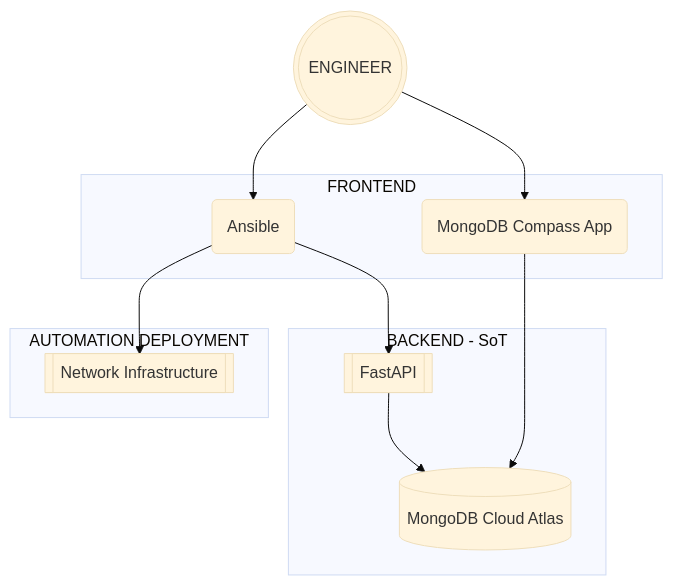
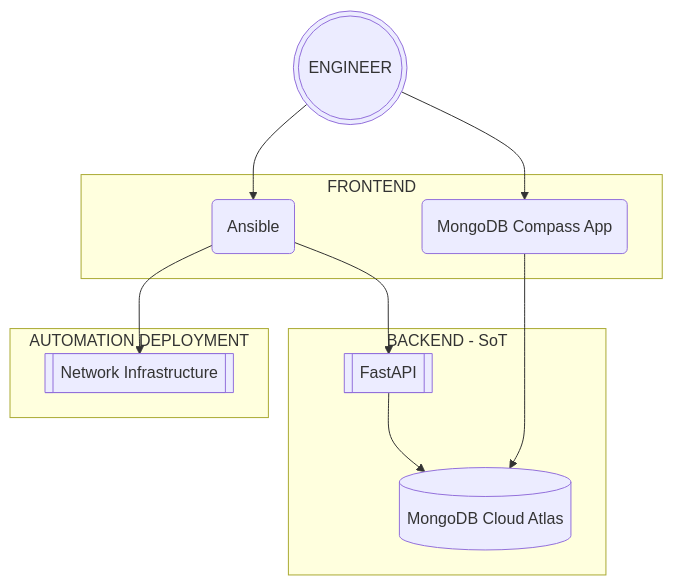
Before and after one commit to jnaranjom/iac_network_deployment: the diagram in diagrams/automation_framework.md, drawn with Mermaid. The commit also changed 18 other files, not shown here.

````diff
--- a/diagrams/automation_framework.md
+++ b/diagrams/automation_framework.md
@@ -3,24 +3,22 @@
 ```mermaid
-%%{init: {'theme':'base'}}%%
-
 flowchart TB
     A[(MongoDB Cloud Atlas)]
     B[[FastAPI]]
     C(MongoDB Compass App)
     D(Ansible)
     E[[Network Infrastructure]]
     F(((ENGINEER)))
     subgraph BACKEND - SoT
         B --> A
     end
     subgraph FRONTEND
         C --> A
         D --> B
     end
     F --> C
     F --> D
     subgraph AUTOMATION DEPLOYMENT
         D --> E
     end
 
 ```
````
